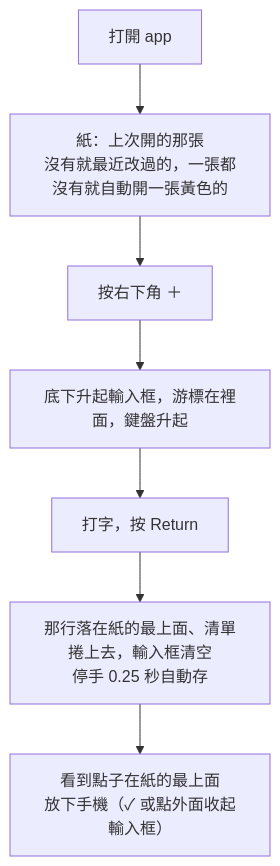
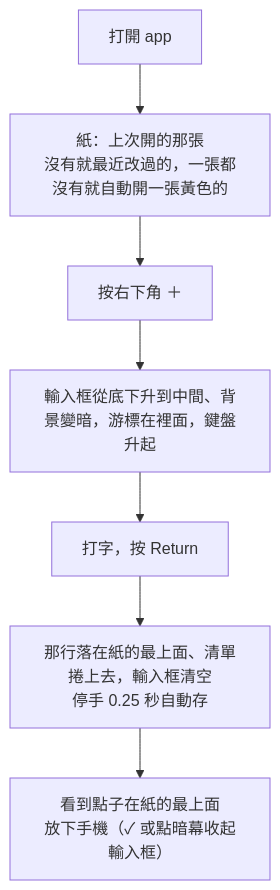
One commit to domyweb666/qieji-app changed the first of 7 diagrams in .uiux/02-流程-暫定.md. Above: the diagram before and after it, drawn with Mermaid. The commit also changed other lines of this file and 11 other files, not shown here.

````diff
--- a/.uiux/02-流程-暫定.md
+++ b/.uiux/02-流程-暫定.md
@@ -43,9 +43,9 @@
 ```mermaid
 flowchart TD
   A[打開 app] --> B[紙：上次開的那張<br>沒有就最近改過的，一張都沒有就自動開一張黃色的]
   B --> C[按右下角 ＋]
-  C --> D[底下升起輸入框，游標在裡面，鍵盤升起]
+  C --> D[輸入框從底下升到中間、背景變暗，游標在裡面，鍵盤升起]
   D --> E[打字，按 Return]
   E --> F[那行落在紙的最上面、清單捲上去，輸入框清空<br>停手 0.25 秒自動存]
-  F --> G[看到點子在紙的最上面<br>放下手機（✓ 或點外面收起輸入框）]
+  F --> G[看到點子在紙的最上面<br>放下手機（✓ 或點暗幕收起輸入框）]
 ```
````
